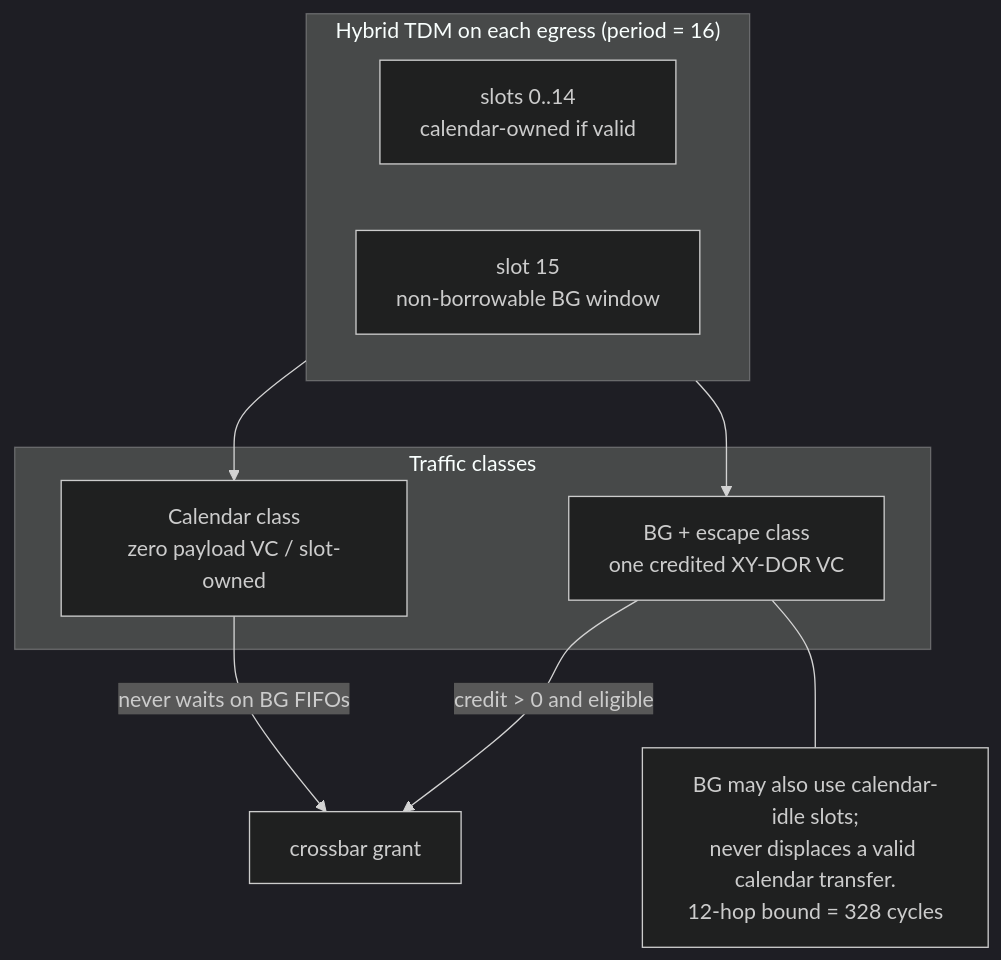
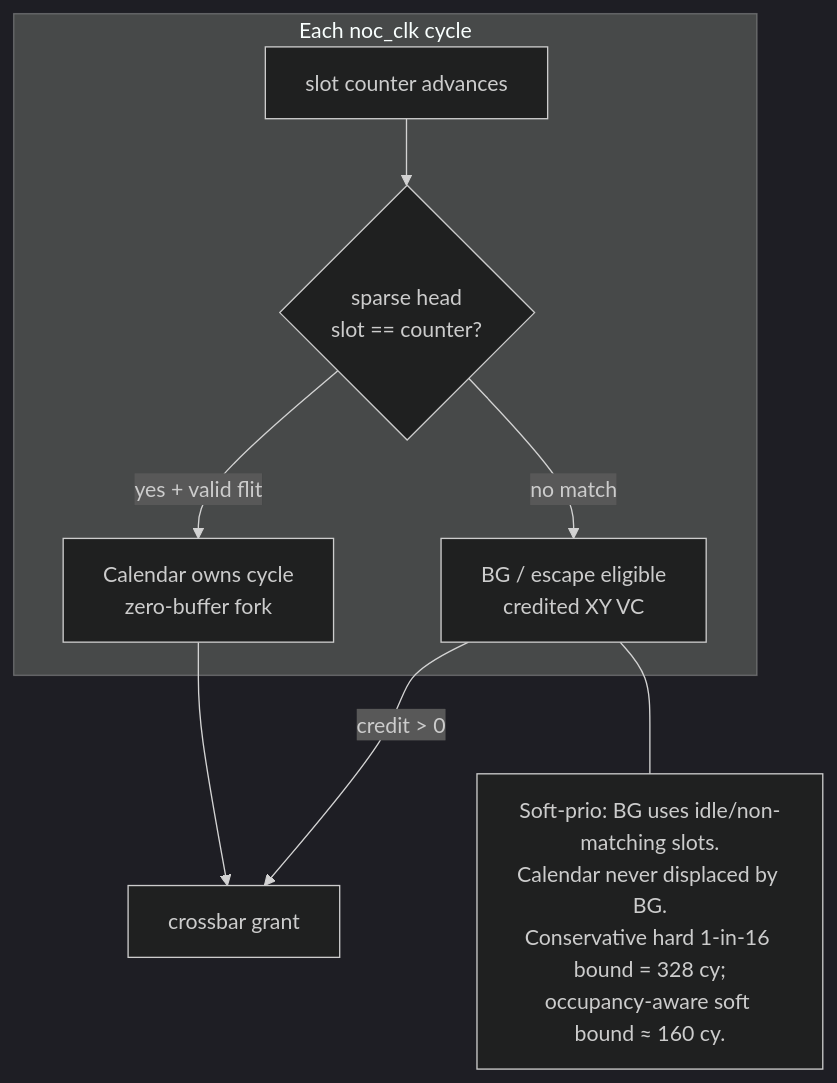
Before and after one commit to lukebest/booksim2: the third of 5 diagrams in docs/phase-2-architecture/architecture-diagram.md, drawn with Mermaid (dark theme). The commit also changed other lines of this file and 30 other files, not shown here.

First line of the commit message:
dse: Trial 3 Arch-A3 SparseCal — sparse event calendar

````diff
--- a/docs/phase-2-architecture/architecture-diagram.md
+++ b/docs/phase-2-architecture/architecture-diagram.md
@@ -70,18 +76,16 @@
 ```mermaid
 flowchart TB
-  subgraph slots["Hybrid TDM on each egress (period = 16)"]
-    direction LR
-    S0["slots 0..14<br/>calendar-owned if valid"]
-    S15["slot 15<br/>non-borrowable BG window"]
+  subgraph cycle["Each noc_clk cycle"]
+    CTR["slot counter advances"]
+    MATCH{"sparse head<br/>slot == counter?"}
+    CAL["Calendar owns cycle<br/>zero-buffer fork"]
+    BG["BG / escape eligible<br/>credited XY VC"]
   end
-  subgraph classes["Traffic classes"]
-    CAL["Calendar class<br/>zero payload VC / slot-owned"]
-    BG["BG + escape class<br/>one credited XY-DOR VC"]
-  end
-  S0 --> CAL
-  S15 --> BG
-  CAL -->|"never waits on BG FIFOs"| XBAR["crossbar grant"]
-  BG -->|"credit > 0 and eligible"| XBAR
-  note2["BG may also use calendar-idle slots;<br/>never displaces a valid calendar transfer.<br/>12-hop bound = 328 cycles"]
+  CTR --> MATCH
+  MATCH -->|yes + valid flit| CAL
+  MATCH -->|no match| BG
+  CAL --> XBAR["crossbar grant"]
+  BG -->|"credit > 0"| XBAR
+  note2["Soft-prio: BG uses idle/non-matching slots.<br/>Calendar never displaced by BG.<br/>Conservative hard 1-in-16 bound = 328 cy;<br/>occupancy-aware soft bound ≈ 160 cy."]
   BG --- note2
 ```
````
